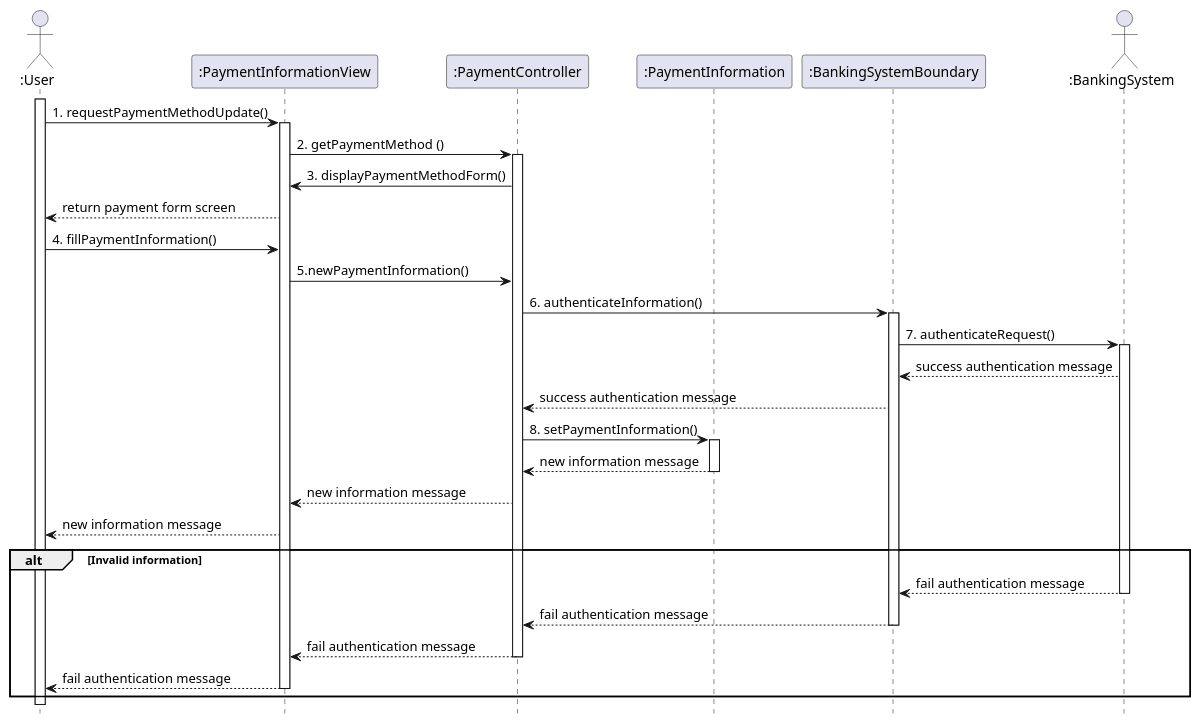
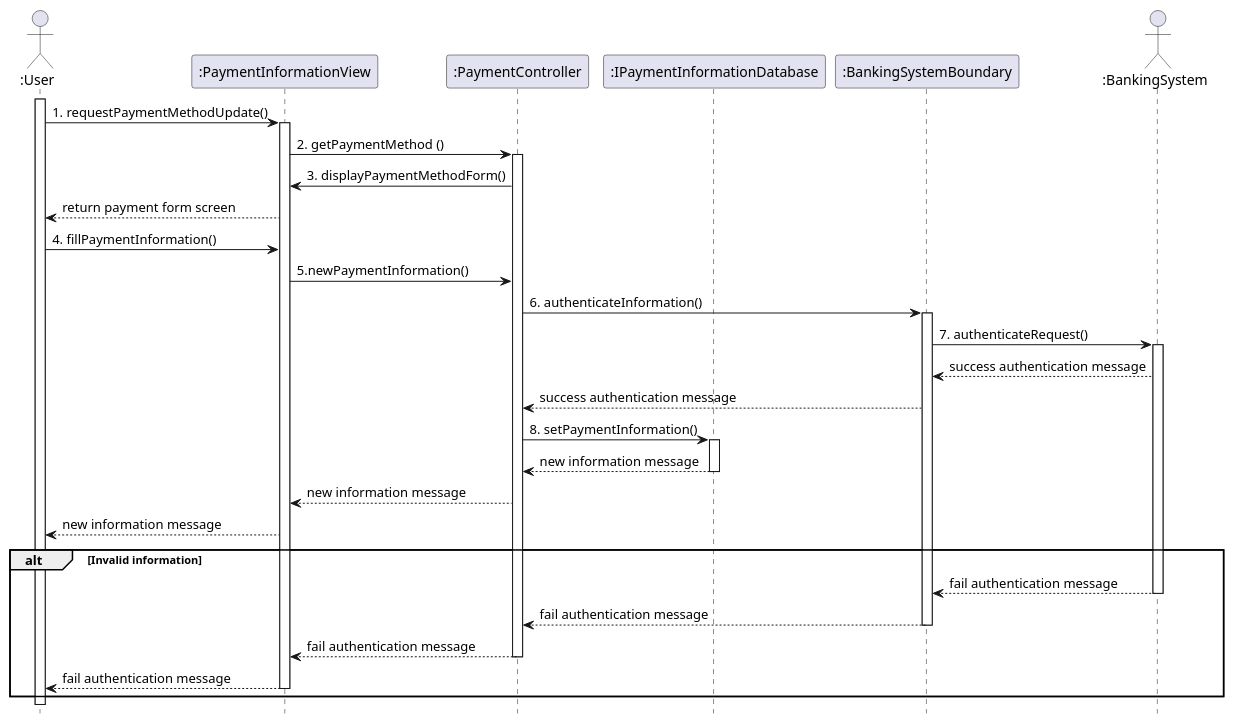
One commit to anhbanlinhle/velocity-exchange changed the diagram in uml/design/sequence/linh/update_payment_information.pu. Above: the diagram before and after it, drawn with PlantUML.

Commit message:
doc[lynn]: entity -> interface

```diff
--- a/uml/design/sequence/linh/update_payment_information.pu
+++ b/uml/design/sequence/linh/update_payment_information.pu
@@ -1,49 +1,49 @@
 @startuml UC_4
 hide footbox
 
 
 actor ":User" as User
 participant ":PaymentInformationView" as PaymentInformationView
 participant ":PaymentController" as PaymentController
-participant ":PaymentInformation" as PaymentInformation
+participant ":IPaymentInformationDatabase" as PaymentInformation
 participant ":BankingSystemBoundary" as BankingSystemBoundary
 actor ":BankingSystem" as BankingSystem
 
 User ++
   User -> PaymentInformationView : 1. requestPaymentMethodUpdate()
   activate PaymentInformationView
     PaymentInformationView -> PaymentController : 2. getPaymentMethod ()
     activate PaymentController
       PaymentController -> PaymentInformationView: 3. displayPaymentMethodForm()
       PaymentInformationView --> User: return payment form screen
   User -> PaymentInformationView: 4. fillPaymentInformation()
     PaymentInformationView -> PaymentController: 5.newPaymentInformation()
       PaymentController -> BankingSystemBoundary: 6. authenticateInformation()
       activate BankingSystemBoundary
         BankingSystemBoundary -> BankingSystem: 7. authenticateRequest()
         activate BankingSystem
           BankingSystem --> BankingSystemBoundary: success authentication message
         BankingSystemBoundary --> PaymentController: success authentication message
       PaymentController -> PaymentInformation: 8. setPaymentInformation()
       activate PaymentInformation
         PaymentInformation --> PaymentController: new information message
       deactivate PaymentInformation
       PaymentController --> PaymentInformationView: new information message
     PaymentInformationView --> User: new information message
 
 alt Invalid information
   
   BankingSystem --> BankingSystemBoundary: fail authentication message
   BankingSystem --
     BankingSystemBoundary --> PaymentController: fail authentication message
     
   deactivate BankingSystemBoundary
     PaymentController --> PaymentInformationView: fail authentication message
     
   deactivate PaymentController
     PaymentInformationView --> User: fail authentication message
     
   deactivate PaymentInformationView
 end
 
 @enduml
```
